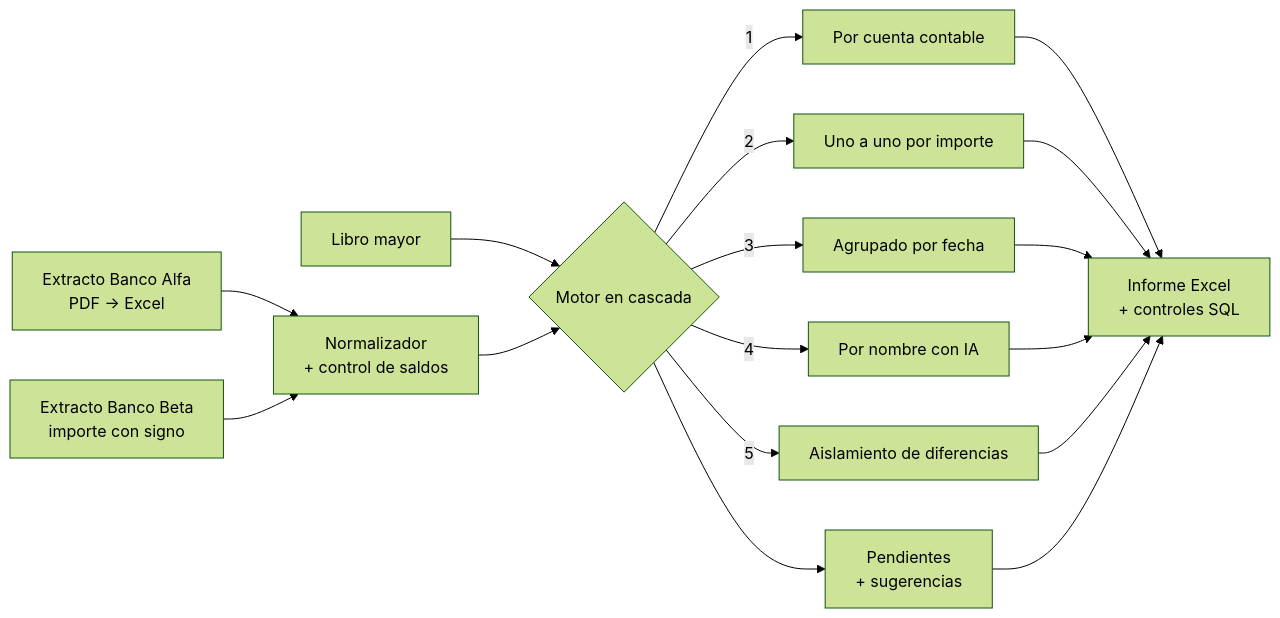
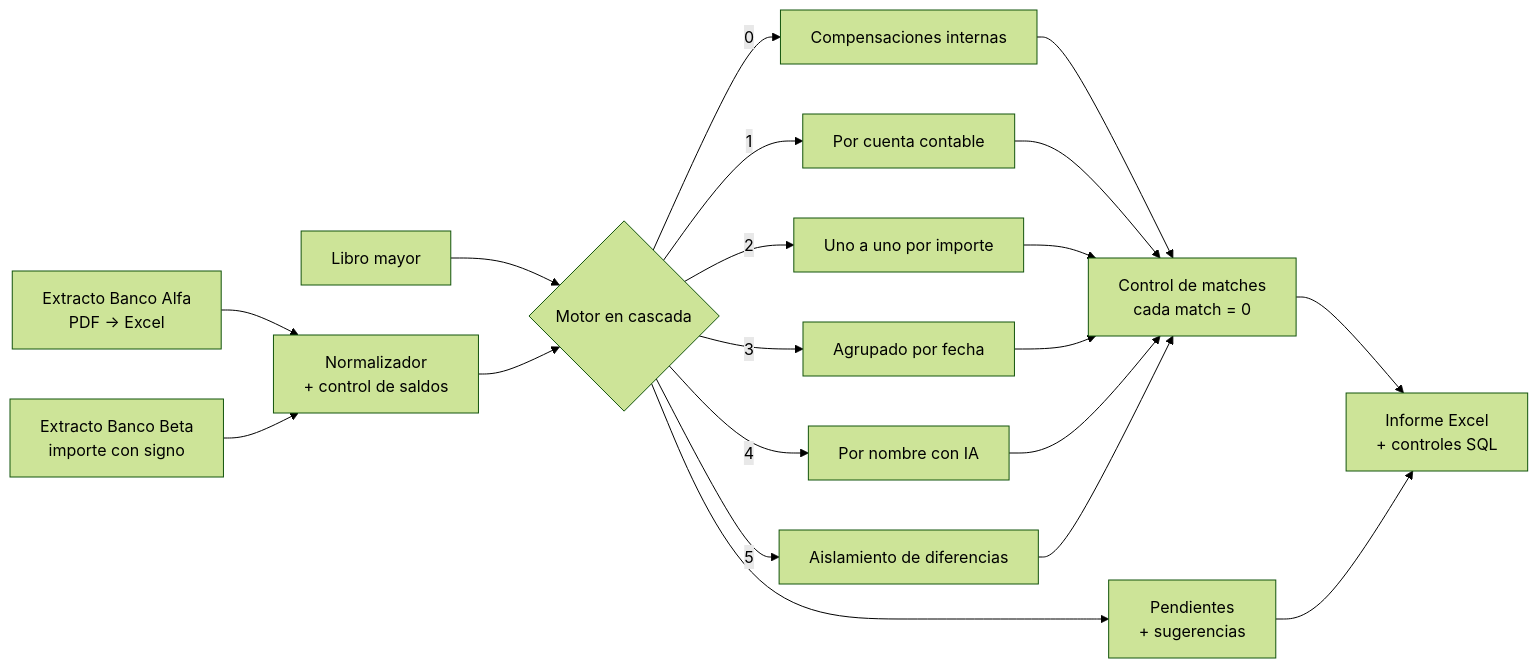
The diagram in README.md (ClaudioCGG/conciliacion-bancaria-ia), drawn with Mermaid (forest theme) before and after one commit. The commit also changed other lines of this file and 15 other files, not shown here.

Commit message:
Nivel 0: compensaciones internas + control de matches (cada match = 0)

````diff
--- a/README.md
+++ b/README.md
@@ -22,14 +22,16 @@
 ```mermaid
 flowchart LR
     A[Extracto Banco Alfa<br/>PDF → Excel] --> N[Normalizador<br/>+ control de saldos]
     B[Extracto Banco Beta<br/>importe con signo] --> N
     M[Libro mayor] --> C
     N --> C{Motor en cascada}
+    C -->|0| C0[Compensaciones internas]
     C -->|1| C1[Por cuenta contable]
     C -->|2| C2[Uno a uno por importe]
     C -->|3| C3[Agrupado por fecha]
     C -->|4| C4[Por nombre con IA]
     C -->|5| C5[Aislamiento de diferencias]
     C --> P[Pendientes<br/>+ sugerencias]
-    C1 & C2 & C3 & C4 & C5 & P --> X[Informe Excel<br/>+ controles SQL]
+    C0 & C1 & C2 & C3 & C4 & C5 --> K[Control de matches<br/>cada match = 0]
+    K & P --> X[Informe Excel<br/>+ controles SQL]
 ```
````
